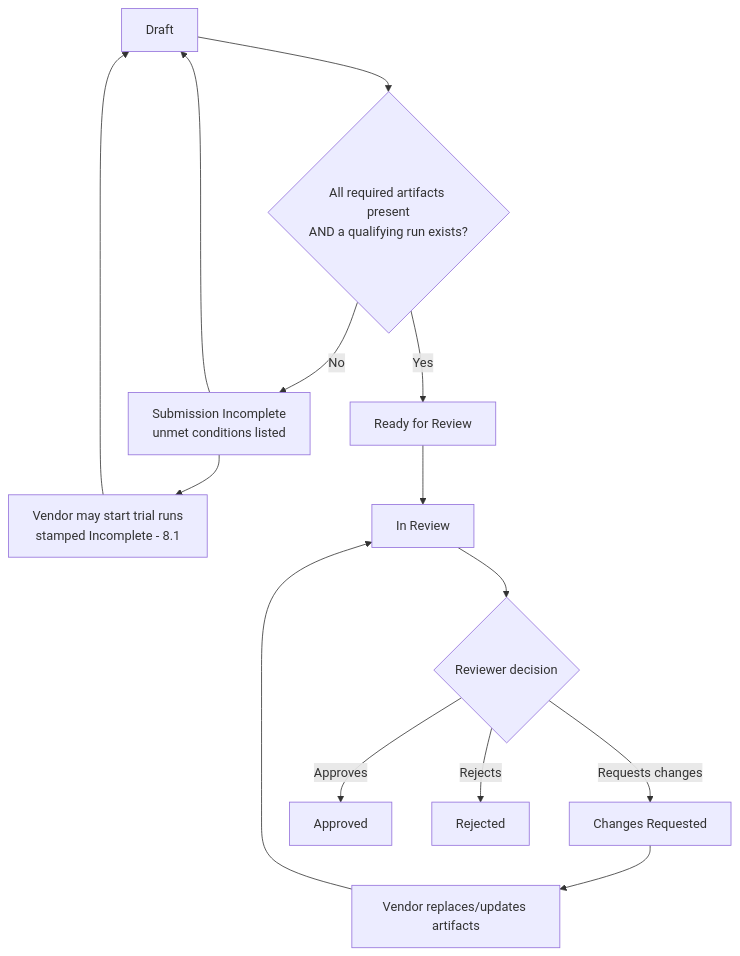
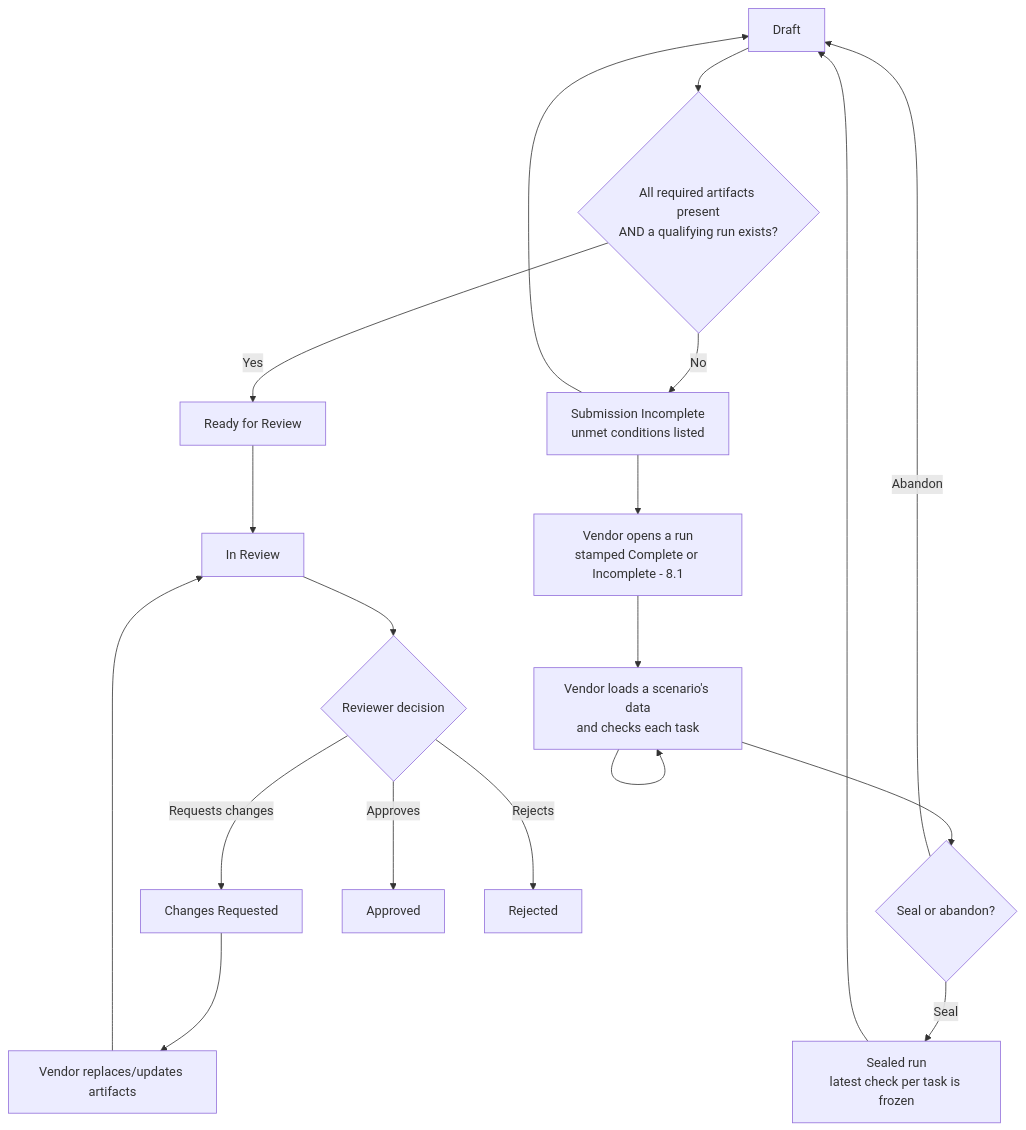
Before and after one commit to roberthunterjr/Ed-Fi-AdminApp: the diagram in docs/PRD-Platform-Automation-MVP.md, drawn with Mermaid.

Commit message:
Show the interactive run loop in the §8 diagram
A SIS or MTSS run is no longer an instant the vendor triggers. They open a run,
load a scenario's data, check each task as it lands, and either seal or abandon
it — so the status flow needs that loop rather than a single "vendor may start
trial runs" node.

This diagram's source is canonical in this repo. Mirror the updated block into
the Confluence page's "Diagram source" expand, keeping it the first mermaid block
on that page — the macro addresses it by index.

The matching prose changes (§8 rules, §8.1, §13 determinism, FR10, FR11, FR13,
D22, and decisions ID1-ID9) belong in Confluence, where the PRD is canonical.

````diff
--- a/docs/PRD-Platform-Automation-MVP.md
+++ b/docs/PRD-Platform-Automation-MVP.md
@@ -186,16 +186,21 @@
 ```mermaid
 flowchart TD
     A[Draft] --> B{All required artifacts present<br/>AND a qualifying run exists?}
     B -- No --> C[Submission Incomplete<br/>unmet conditions listed]
-    C --> T[Vendor may start trial runs<br/>stamped Incomplete - 8.1]
-    T --> A
+    C --> K[Vendor opens a run<br/>stamped Complete or Incomplete - 8.1]
+    K --> L[Vendor loads a scenario's data<br/>and checks each task]
+    L --> L
+    L --> M{Seal or abandon?}
+    M -- Abandon --> A
+    M -- Seal --> N[Sealed run<br/>latest check per task is frozen]
+    N --> A
     C --> A
     B -- Yes --> D[Ready for Review]
     D --> E[In Review]
     E --> F{Reviewer decision}
     F -- Requests changes --> G[Changes Requested]
     G --> H[Vendor replaces/updates artifacts]
     H --> E
     F -- Approves --> I[Approved]
     F -- Rejects --> J[Rejected]
 ```
````
